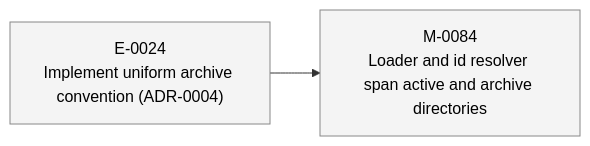
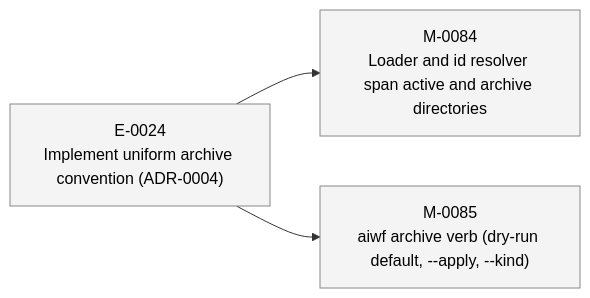
One commit to 23min/aiwf changed the second of 2 diagrams in STATUS.md. Above: the diagram before and after it, drawn with Mermaid. The commit also changed other lines of this file and 1 other file, not shown here.

First line of the commit message:
aiwf add milestone M-0085 "aiwf archive verb (dry-run default, --apply, --kind)"

````diff
--- a/STATUS.md
+++ b/STATUS.md
@@ -45,12 +46,14 @@
 ```mermaid
 flowchart LR
   E_0024["E-0024<br/>Implement uniform archive convention (ADR-0004)"]:::epic_proposed
   M_0084["M-0084<br/>Loader and id resolver span active and archive directories"]:::ms_draft
   E_0024 --> M_0084
+  M_0085["M-0085<br/>aiwf archive verb (dry-run default, --apply, --kind)"]:::ms_draft
+  E_0024 --> M_0085
   classDef epic_active fill:#d6eaff,stroke:#1a73e8,color:#000
   classDef epic_proposed fill:#f4f4f4,stroke:#888,color:#000
   classDef ms_done fill:#d8f5d8,stroke:#2a8a2a,color:#000
   classDef ms_in_progress fill:#fff3c4,stroke:#caa400,color:#000
   classDef ms_draft fill:#f4f4f4,stroke:#888,color:#000
   classDef ms_cancelled fill:#fbeaea,stroke:#c33,color:#000
 ```
````
